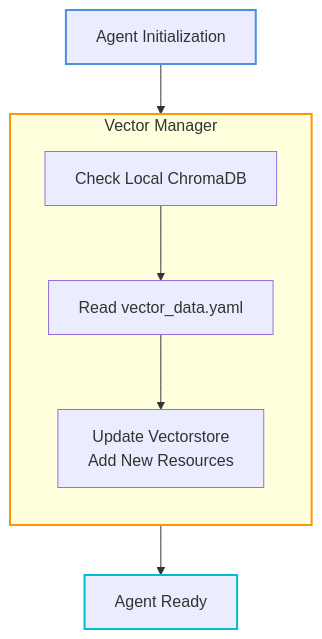
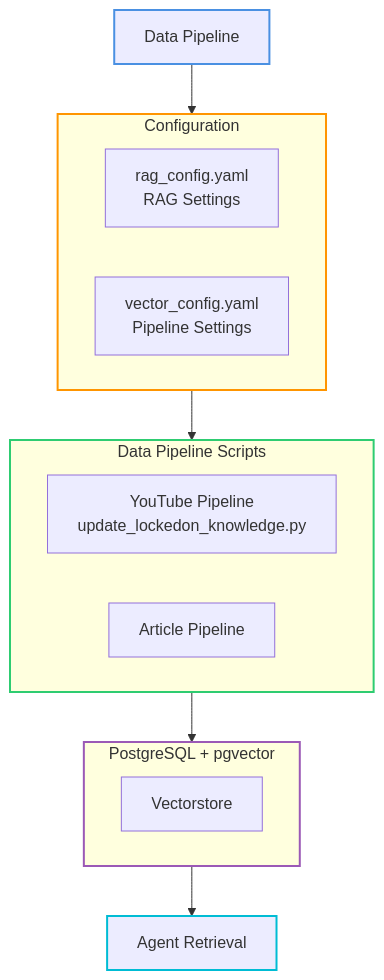
The second of 2 diagrams in README.md (mk-chang/ClutchAI), drawn with Mermaid before and after one commit. The commit also changed other lines of this file and 28 other files, not shown here.

Commit message:
Migrate vector database to cloud sql

````diff
--- a/README.md
+++ b/README.md
@@ -127,19 +143,28 @@
 ```mermaid
 graph TD
-    START[Agent Initialization] --> VM
+    START[Data Pipeline] --> CONFIG
     
-    subgraph VM["Vector Manager"]
-        direction TB
-        CHECK[Check Local ChromaDB]
-        YAML[Read vector_data.yaml]
-        UPDATE[Update Vectorstore<br/>Add New Resources]
-        CHECK --> YAML
-        YAML --> UPDATE
+    subgraph CONFIG["Configuration"]
+        RAG[rag_config.yaml<br/>RAG Settings]
+        VEC[vector_config.yaml<br/>Pipeline Settings]
     end
     
-    VM --> READY[Agent Ready]
+    subgraph PIPELINE["Data Pipeline Scripts"]
+        YT[YouTube Pipeline<br/>update_lockedon_knowledge.py]
+        ART[Article Pipeline]
+    end
+    
+    subgraph VDB["PostgreSQL + pgvector"]
+        STORE[Vectorstore]
+    end
+    
+    CONFIG --> PIPELINE
+    PIPELINE --> VDB
+    VDB --> AGENT[Agent Retrieval]
     
     style START stroke:#4A90E2,stroke-width:2px
-    style VM stroke:#FF9500,stroke-width:2px
-    style READY stroke:#00BCD4,stroke-width:2px
+    style CONFIG stroke:#FF9500,stroke-width:2px
+    style PIPELINE stroke:#2ECC71,stroke-width:2px
+    style VDB stroke:#9B59B6,stroke-width:2px
+    style AGENT stroke:#00BCD4,stroke-width:2px
 ```
````
